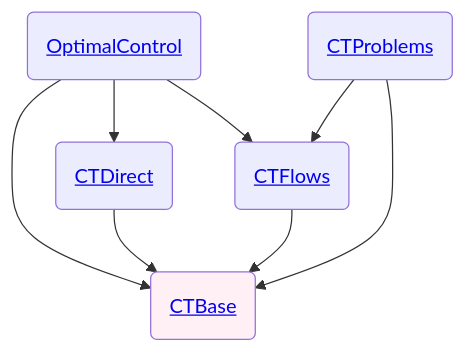
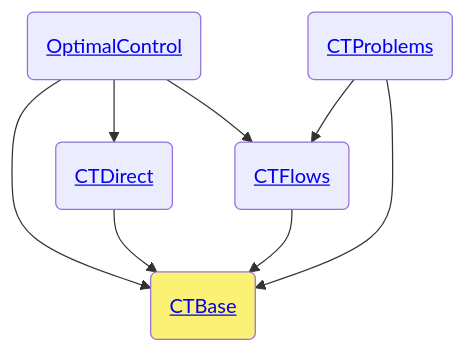
Before and after one commit to control-toolbox/CTBase.jl: the diagram in docs/src/index.md, drawn with Mermaid.

````diff
--- a/docs/src/index.md
+++ b/docs/src/index.md
@@ -9,11 +9,11 @@
 ```mermaid
 flowchart TD
 O(<a href='https://control-toolbox.org/docs/optimalcontrol/stable/'>OptimalControl</a>) --> B(<a href='https://control-toolbox.org/docs/ctbase/stable/'>CTBase</a>)
 O --> D(<a href='https://control-toolbox.org/docs/ctdirect/stable/'>CTDirect</a>)
 O --> F(<a href='https://control-toolbox.org/docs/ctflows/stable/'>CTFlows</a>)
 P(<a href='https://control-toolbox.org/docs/ctproblems/stable/'>CTProblems</a>) --> F
 P --> B
 F --> B
 D --> B
-style B fill:#FFF0F5
+style B fill:#FBF275
 ```
````
